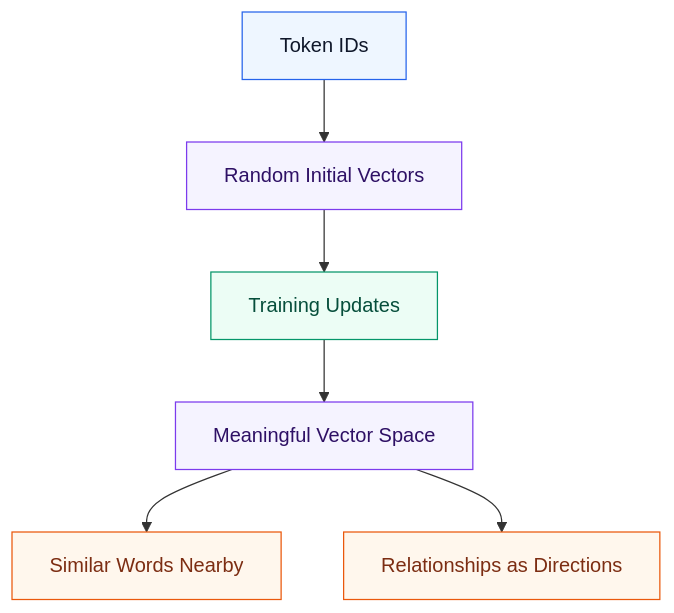
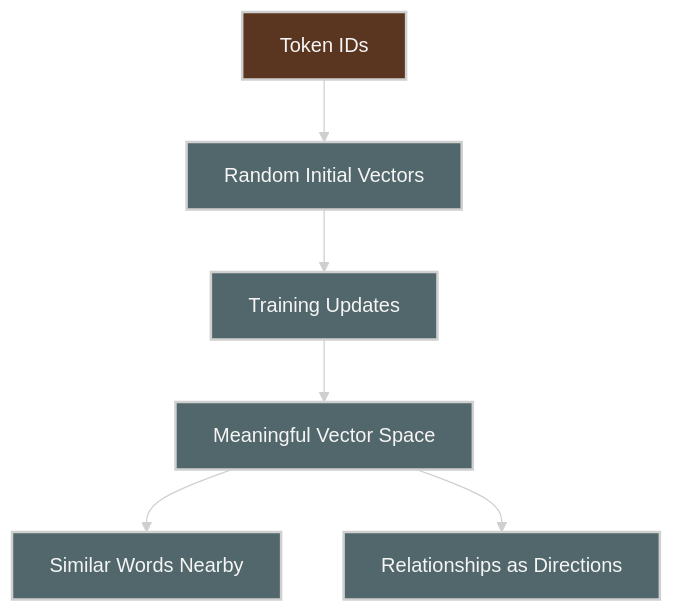
The second of 9 diagrams in deep-learning-for-network-engineers/week02/README.md (ziwon/ai-data-center-network), drawn with Mermaid before and after one commit. The commit also changed other lines of this file and 35 other files, not shown here.

Commit message:
docs(mermaid): apply dark diagram style

````diff
--- a/deep-learning-for-network-engineers/week02/README.md
+++ b/deep-learning-for-network-engineers/week02/README.md
@@ -143,13 +144,14 @@
 ```mermaid
+%%{init: {"theme": "base", "themeVariables": {"background": "#171717", "primaryColor": "#232323", "primaryTextColor": "#f5f5f5", "primaryBorderColor": "#d0d0d0", "lineColor": "#cfcfcf", "fontFamily": "Inter, Arial, sans-serif"}}}%%
 flowchart TB
-    classDef token fill:#eef6ff,stroke:#2563eb,color:#0f172a
-    classDef train fill:#ecfdf5,stroke:#059669,color:#064e3b
-    classDef space fill:#f5f3ff,stroke:#7c3aed,color:#2e1065
-    classDef metric fill:#fff7ed,stroke:#ea580c,color:#7c2d12
+    classDef token fill:#5a3520,stroke:#d0d0d0,color:#f5f5f5,stroke-width:2px;
+    classDef train fill:#52676b,stroke:#d0d0d0,color:#f5f5f5,stroke-width:2px;
+    classDef space fill:#52676b,stroke:#d0d0d0,color:#f5f5f5,stroke-width:2px;
+    classDef metric fill:#52676b,stroke:#d0d0d0,color:#f5f5f5,stroke-width:2px;
 
     A[Token IDs]:::token --> B[Random Initial Vectors]:::space
     B --> C[Training Updates]:::train
     C --> D[Meaningful Vector Space]:::space
     D --> E[Similar Words Nearby]:::metric
     D --> F[Relationships as Directions]:::metric
 ```
````
